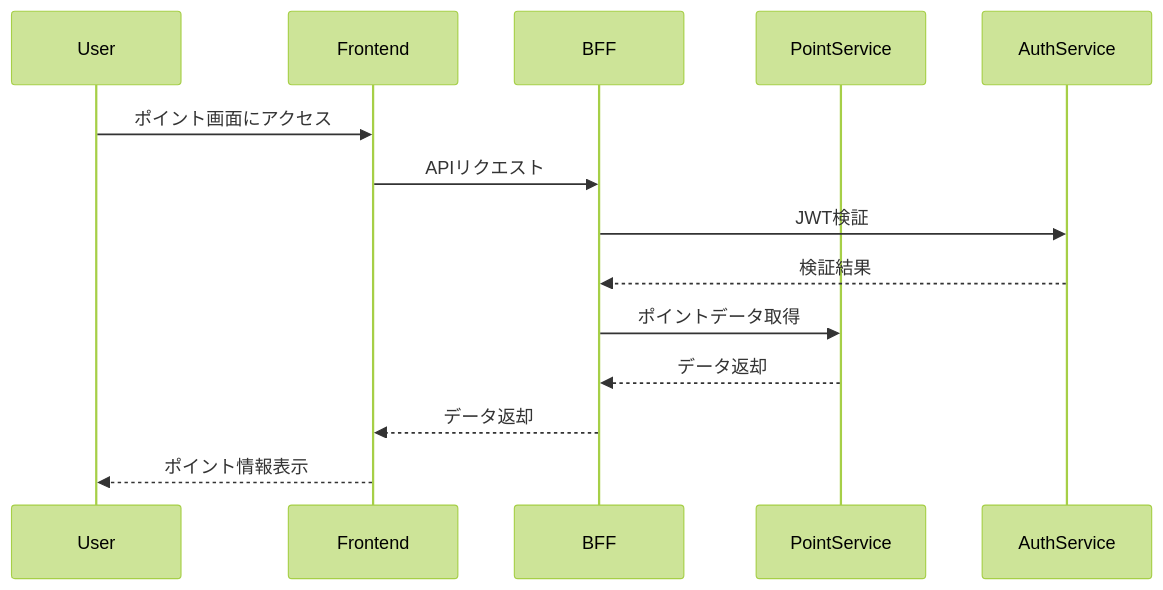
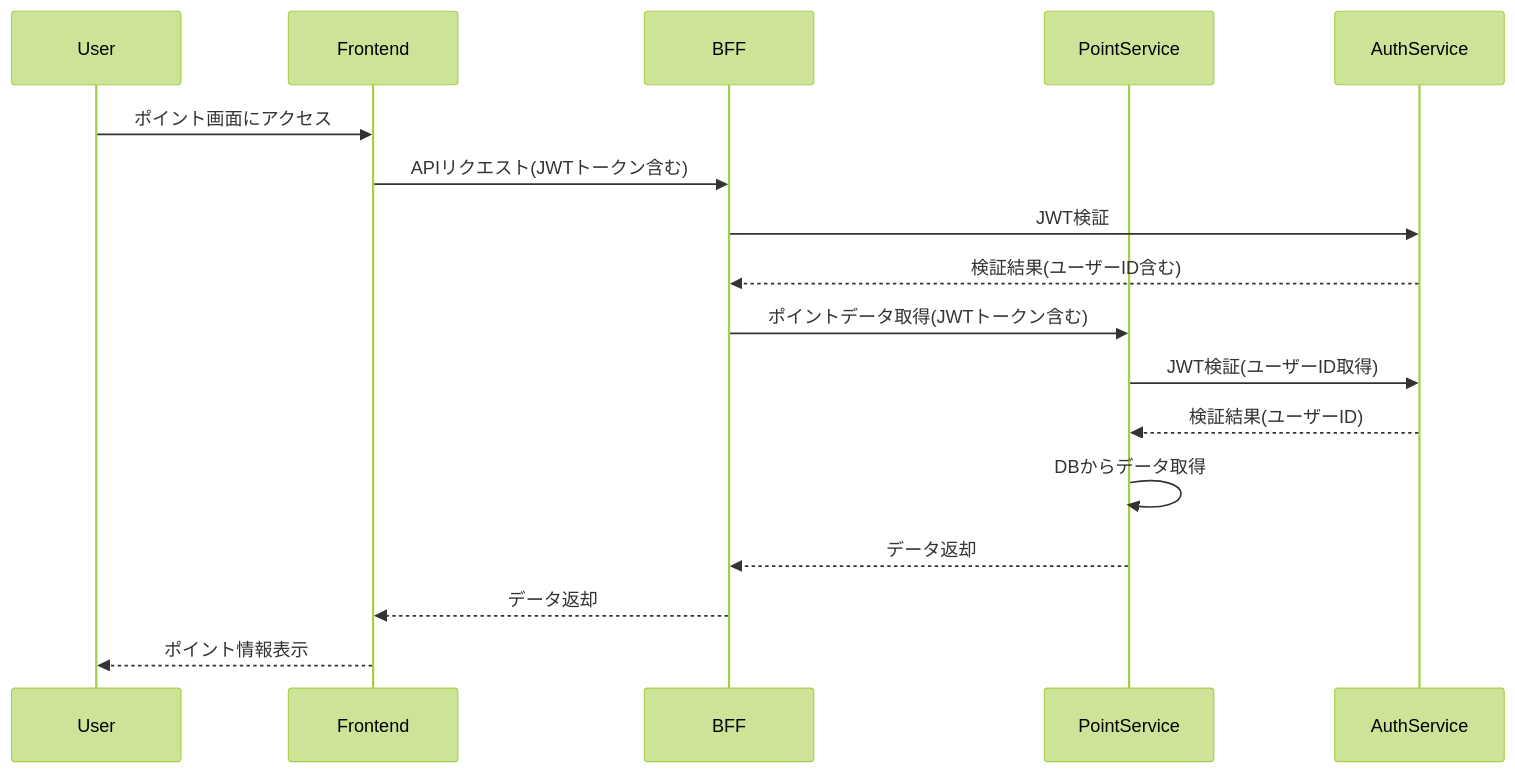
One commit to Takas0522/my-ws-demo changed the diagram in docs/add-feature/001/sequence-diagram.md. Above: the diagram before and after it, drawn with Mermaid (forest theme). The commit also changed other lines of this file and 12 other files, not shown here.

````diff
--- a/docs/add-feature/001/sequence-diagram.md
+++ b/docs/add-feature/001/sequence-diagram.md
@@ -5,17 +5,20 @@
 ```mermaid
 sequenceDiagram
     participant User
     participant Frontend
     participant BFF
     participant PointService
     participant AuthService
 
     User ->> Frontend: ポイント画面にアクセス
-    Frontend ->> BFF: APIリクエスト
+    Frontend ->> BFF: APIリクエスト(JWTトークン含む)
     BFF ->> AuthService: JWT検証
-    AuthService -->> BFF: 検証結果
-    BFF ->> PointService: ポイントデータ取得
+    AuthService -->> BFF: 検証結果(ユーザーID含む)
+    BFF ->> PointService: ポイントデータ取得(JWTトークン含む)
+    PointService ->> AuthService: JWT検証(ユーザーID取得)
+    AuthService -->> PointService: 検証結果(ユーザーID)
+    PointService ->> PointService: DBからデータ取得
     PointService -->> BFF: データ返却
     BFF -->> Frontend: データ返却
     Frontend -->> User: ポイント情報表示
 ```
````
